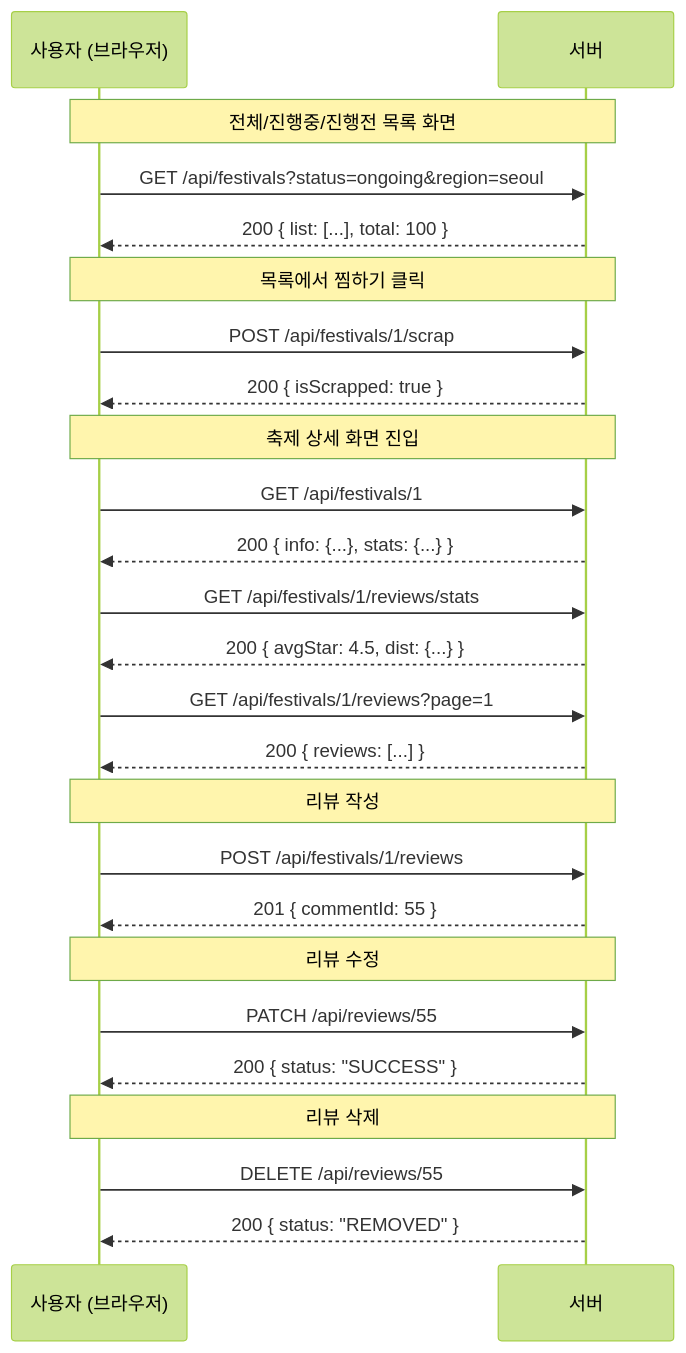
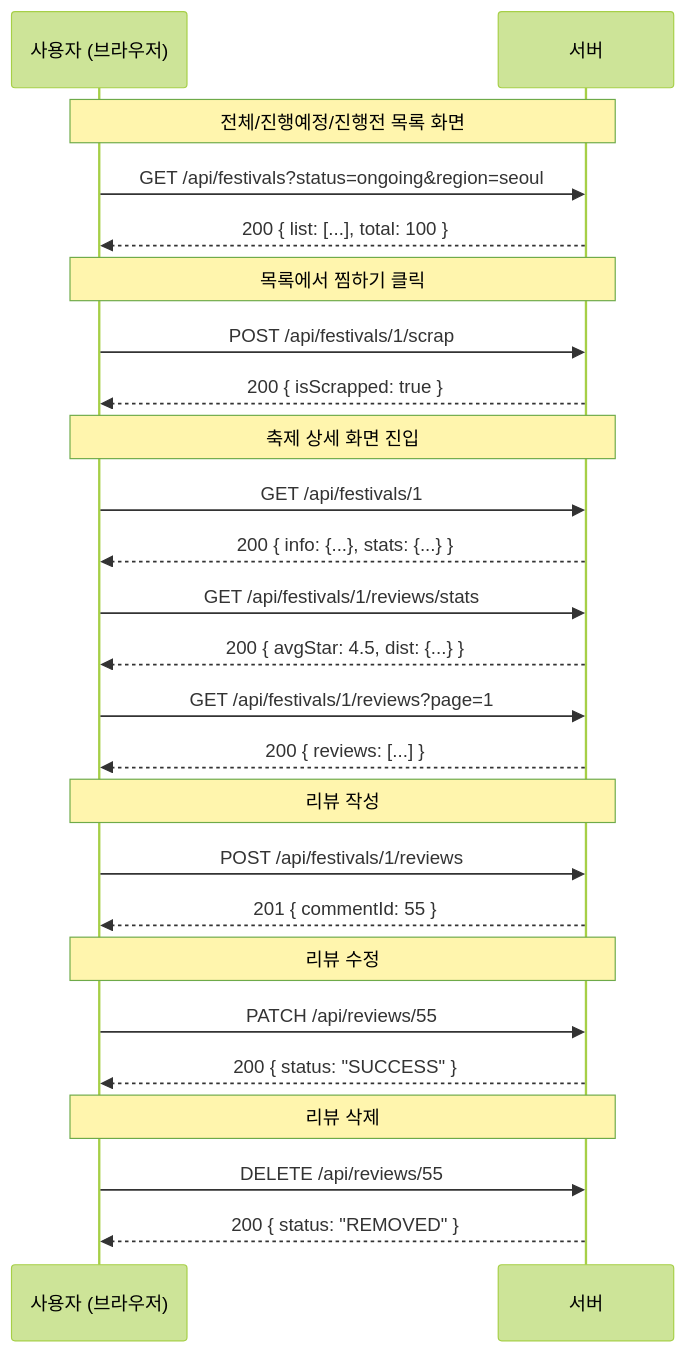
One commit to newlecture-ibm2/team2-ieum changed the diagram in docs/api_spec/API_명세서_축제.md. Above: the diagram before and after it, drawn with Mermaid (forest theme). The commit also changed other lines of this file and 24 other files, not shown here.

````diff
--- a/docs/api_spec/API_명세서_축제.md
+++ b/docs/api_spec/API_명세서_축제.md
@@ -606,33 +606,33 @@
 ```mermaid
 sequenceDiagram
     participant U as 사용자 (브라우저)
     participant S as 서버
 
-    Note over U,S: 전체/진행중/진행전 목록 화면
+    Note over U,S: 전체/진행예정/진행전 목록 화면
     U->>S: GET /api/festivals?status=ongoing&region=seoul
     S-->>U: 200 { list: [...], total: 100 }
 
     Note over U,S: 목록에서 찜하기 클릭
     U->>S: POST /api/festivals/1/scrap
     S-->>U: 200 { isScrapped: true }
 
     Note over U,S: 축제 상세 화면 진입
     U->>S: GET /api/festivals/1
     S-->>U: 200 { info: {...}, stats: {...} }
     U->>S: GET /api/festivals/1/reviews/stats
     S-->>U: 200 { avgStar: 4.5, dist: {...} }
     U->>S: GET /api/festivals/1/reviews?page=1
     S-->>U: 200 { reviews: [...] }
 
     Note over U,S: 리뷰 작성
     U->>S: POST /api/festivals/1/reviews
     S-->>U: 201 { commentId: 55 }
 
     Note over U,S: 리뷰 수정
     U->>S: PATCH /api/reviews/55
     S-->>U: 200 { status: "SUCCESS" }
 
     Note over U,S: 리뷰 삭제
     U->>S: DELETE /api/reviews/55
     S-->>U: 200 { status: "REMOVED" }
 ```
````
